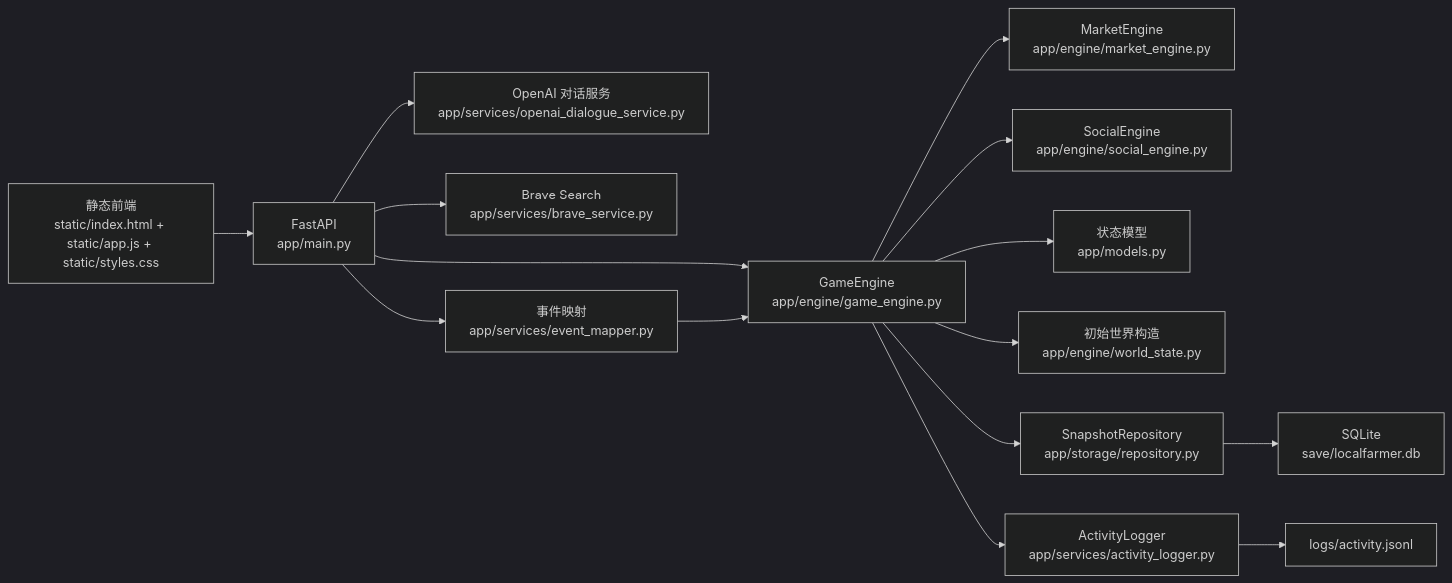
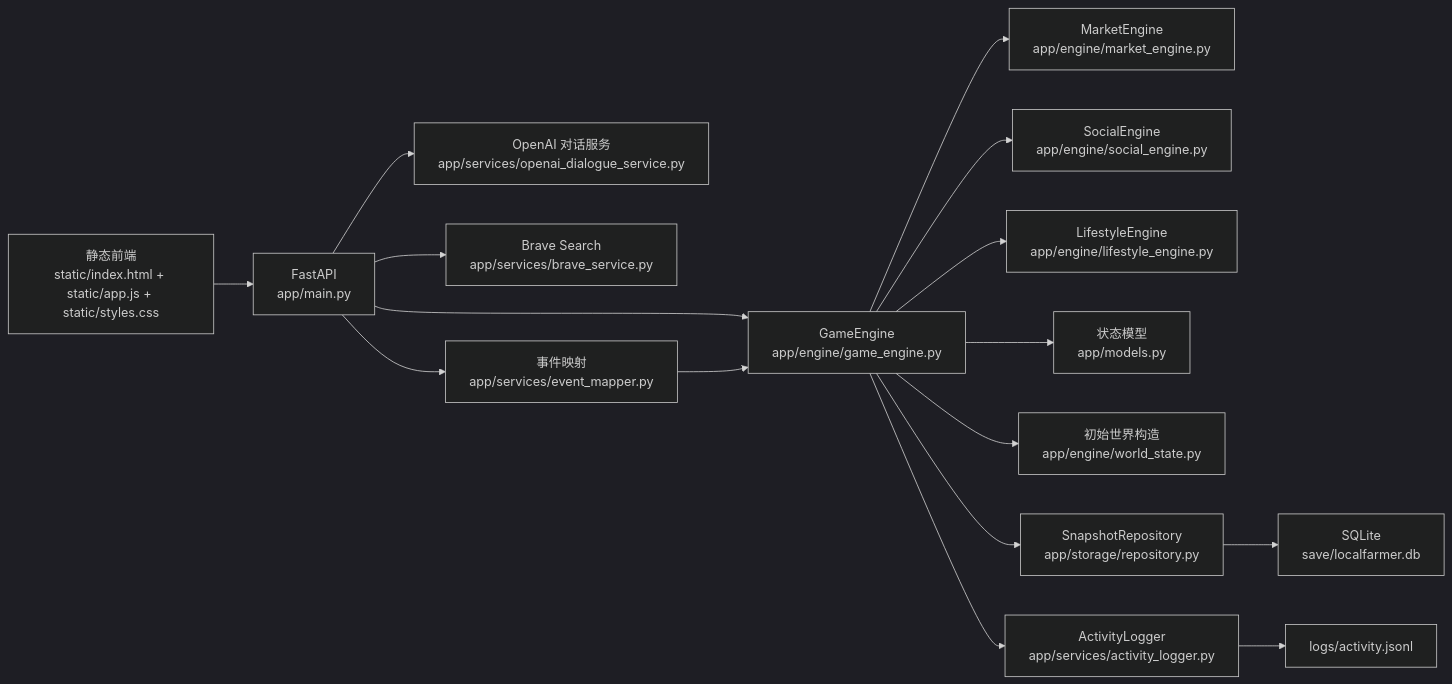
The diagram in docs/architecture_report.md (whuyao/PixelLab), drawn with Mermaid (dark theme) before and after one commit. The commit also changed other lines of this file and 10 other files, not shown here.

````diff
--- a/docs/architecture_report.md
+++ b/docs/architecture_report.md
@@ -18,17 +18,18 @@
 ```mermaid
 flowchart LR
     UI["静态前端\nstatic/index.html + static/app.js + static/styles.css"] --> API["FastAPI\napp/main.py"]
     API --> Engine["GameEngine\napp/engine/game_engine.py"]
     Engine --> Market["MarketEngine\napp/engine/market_engine.py"]
     Engine --> Social["SocialEngine\napp/engine/social_engine.py"]
+    Engine --> Lifestyle["LifestyleEngine\napp/engine/lifestyle_engine.py"]
     Engine --> Models["状态模型\napp/models.py"]
     Engine --> Init["初始世界构造\napp/engine/world_state.py"]
     Engine --> Repo["SnapshotRepository\napp/storage/repository.py"]
     Repo --> SQLite["SQLite\nsave/localfarmer.db"]
     Engine --> Logger["ActivityLogger\napp/services/activity_logger.py"]
     Logger --> JSONL["logs/activity.jsonl"]
     API --> OpenAI["OpenAI 对话服务\napp/services/openai_dialogue_service.py"]
     API --> Brave["Brave Search\napp/services/brave_service.py"]
     API --> Mapper["事件映射\napp/services/event_mapper.py"]
     Mapper --> Engine
 ```
````
